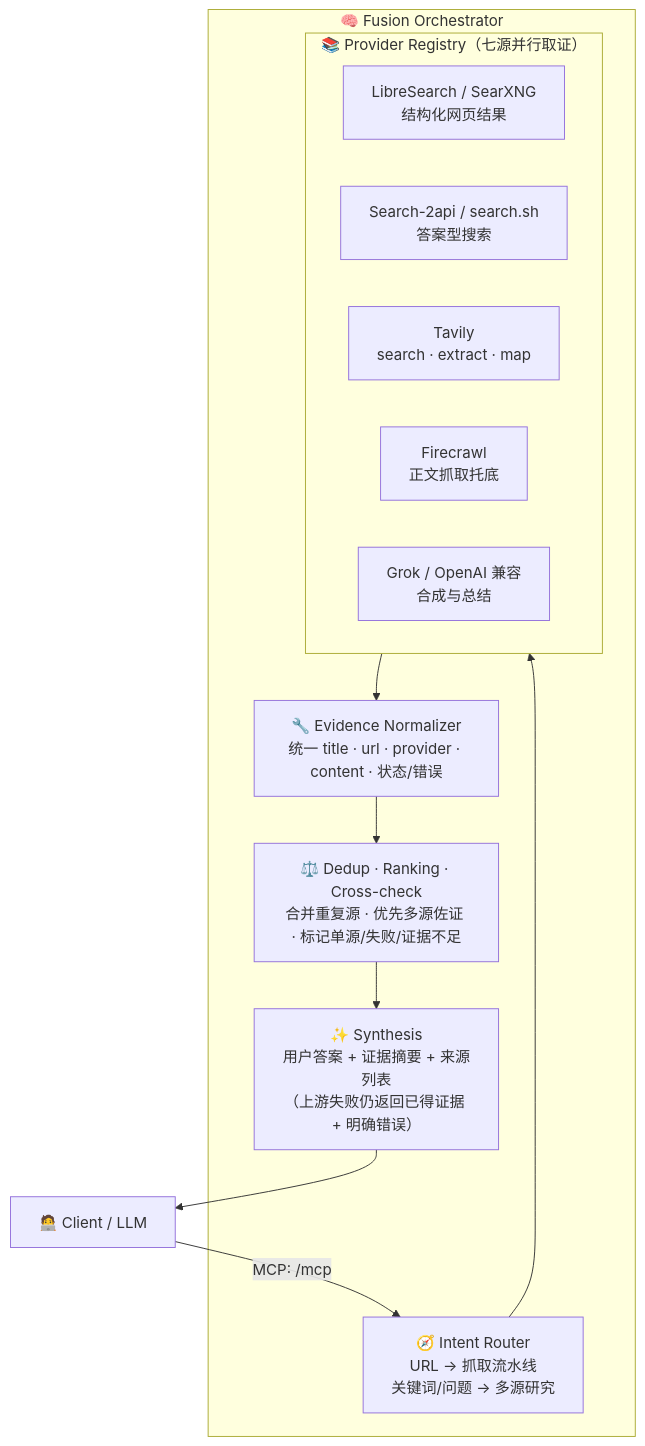
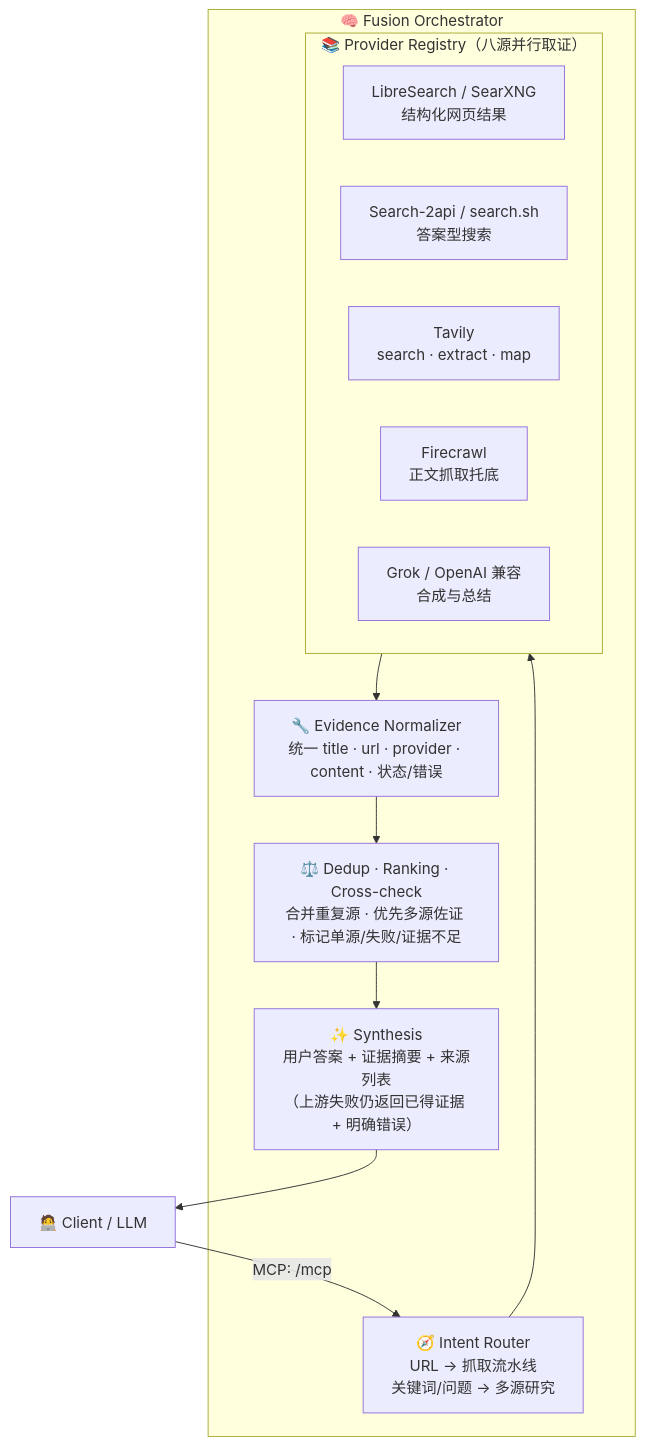
Before and after one commit to zhizhishu/fusionsearch-mcp: the diagram in README.md, drawn with Mermaid. The commit also changed other lines of this file and 8 other files, not shown here.

````diff
--- a/README.md
+++ b/README.md
@@ -108,19 +109,19 @@
 ```mermaid
 graph TD
     C["🧑‍💻 Client / LLM"] -->|"MCP: /mcp"| IR
     subgraph O["🧠 Fusion Orchestrator"]
         IR["🧭 Intent Router<br/>URL → 抓取流水线<br/>关键词/问题 → 多源研究"]
-        subgraph PR["📚 Provider Registry（七源并行取证）"]
+        subgraph PR["📚 Provider Registry（八源并行取证）"]
             L["LibreSearch / SearXNG<br/>结构化网页结果"]
             S["Search-2api / search.sh<br/>答案型搜索"]
             T["Tavily<br/>search · extract · map"]
             F["Firecrawl<br/>正文抓取托底"]
             G["Grok / OpenAI 兼容<br/>合成与总结"]
         end
         IR --> PR
         PR --> EN["🔧 Evidence Normalizer<br/>统一 title · url · provider · content · 状态/错误"]
         EN --> DX["⚖️ Dedup · Ranking · Cross-check<br/>合并重复源 · 优先多源佐证 · 标记单源/失败/证据不足"]
         DX --> SY["✨ Synthesis<br/>用户答案 + 证据摘要 + 来源列表<br/>（上游失败仍返回已得证据 + 明确错误）"]
     end
     SY --> C
 ```
````
